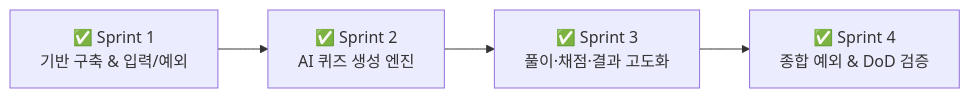
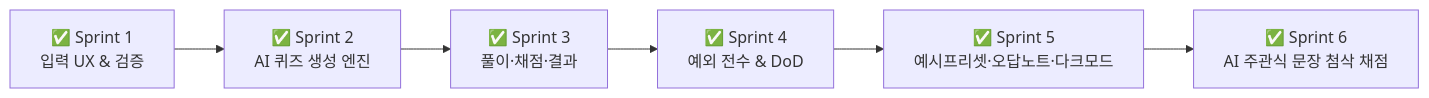
One commit to JangDanHan/study-zip changed the diagram in docs/development-plan.md. Above: the diagram before and after it, drawn with Mermaid. The commit also changed other lines of this file and 9 other files, not shown here.

````diff
--- a/docs/development-plan.md
+++ b/docs/development-plan.md
@@ -29,6 +27,8 @@
 ```mermaid
 graph LR
-    S1["✅ Sprint 1<br/>기반 구축 & 입력/예외"] --> S2["✅ Sprint 2<br/>AI 퀴즈 생성 엔진"]
-    S2 --> S3["✅ Sprint 3<br/>풀이·채점·결과 고도화"]
-    S3 --> S4["✅ Sprint 4<br/>종합 예외 & DoD 검증"]
+    S1["✅ Sprint 1<br/>입력 UX & 검증"] --> S2["✅ Sprint 2<br/>AI 퀴즈 생성 엔진"]
+    S2 --> S3["✅ Sprint 3<br/>풀이·채점·결과"]
+    S3 --> S4["✅ Sprint 4<br/>예외 전수 & DoD"]
+    S4 --> S5["✅ Sprint 5<br/>예시프리셋·오답노트·다크모드"]
+    S5 --> S6["✅ Sprint 6<br/>AI 주관식 문장 첨삭 채점"]
 ```
````
